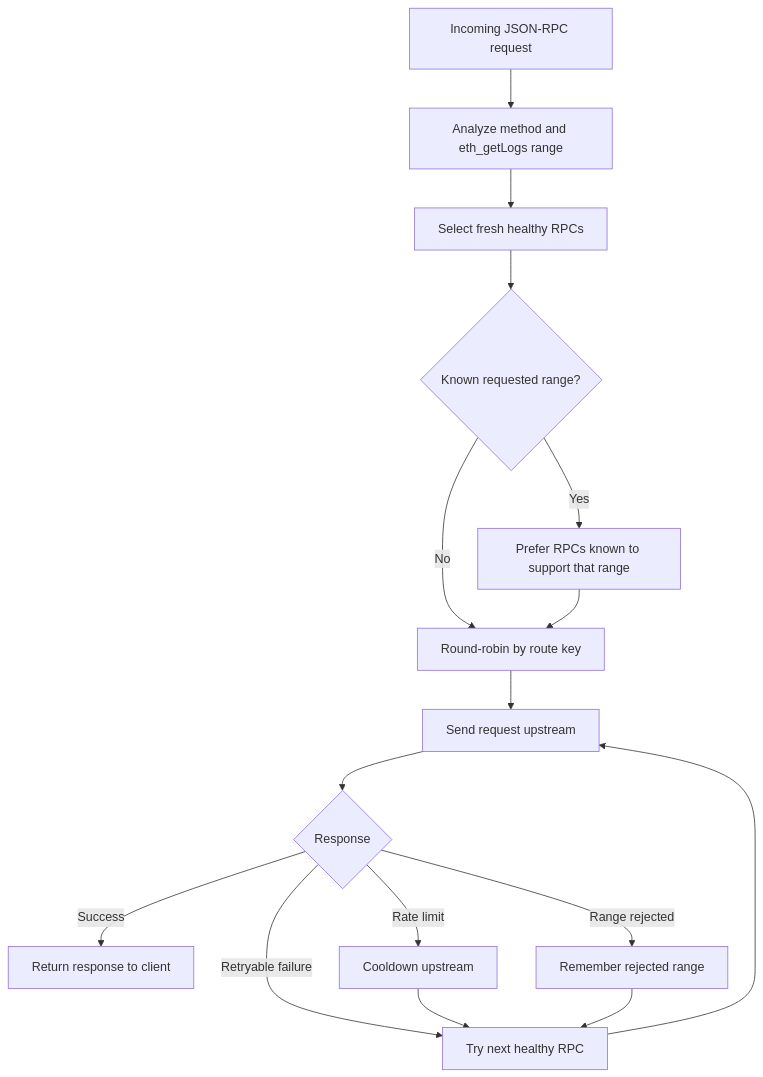
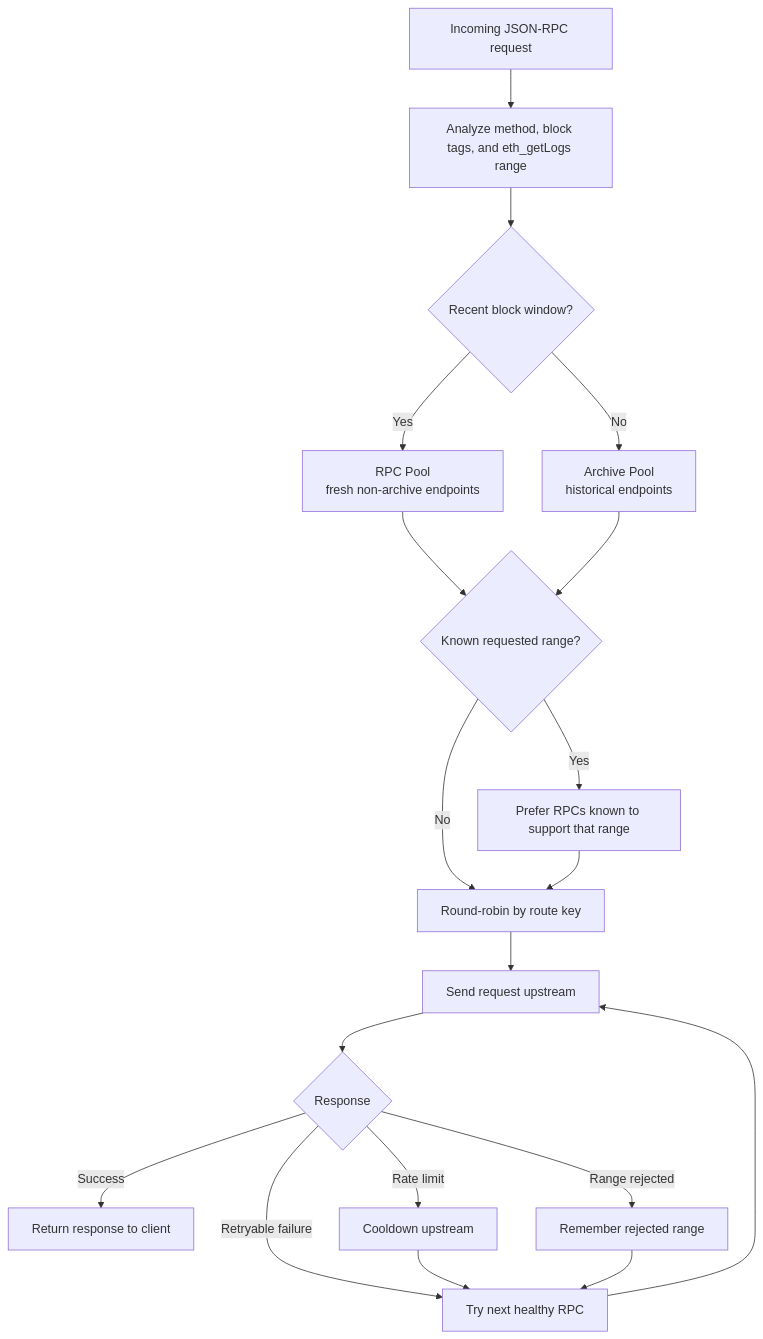
Before and after one commit to luen-eth/relay-rpc: the second of 3 diagrams in README.md, drawn with Mermaid. The commit also changed other lines of this file and 8 other files, not shown here.

Commit message:
Add configurable health interval and RPC pool routing

````diff
--- a/README.md
+++ b/README.md
@@ -46,18 +48,21 @@
 ```mermaid
 flowchart TD
-  Request["Incoming JSON-RPC request"] --> Analyze["Analyze method and eth_getLogs range"]
-  Analyze --> Healthy["Select fresh healthy RPCs"]
-  Healthy --> Range{"Known requested range?"}
+  Request["Incoming JSON-RPC request"] --> Analyze["Analyze method, block tags, and eth_getLogs range"]
+  Analyze --> Near{"Recent block window?"}
+  Near -- "Yes" --> RpcPool["RPC Pool<br/>fresh non-archive endpoints"]
+  Near -- "No" --> ArchivePool["Archive Pool<br/>historical endpoints"]
+  RpcPool --> Range{"Known requested range?"}
+  ArchivePool --> Range
   Range -- "No" --> RoundRobin["Round-robin by route key"]
   Range -- "Yes" --> Filter["Prefer RPCs known to support that range"]
   Filter --> RoundRobin
   RoundRobin --> Send["Send request upstream"]
   Send --> Result{"Response"}
   Result -- "Success" --> Return["Return response to client"]
   Result -- "Rate limit" --> Cooldown["Cooldown upstream"]
   Result -- "Range rejected" --> Remember["Remember rejected range"]
   Result -- "Retryable failure" --> Failover["Try next healthy RPC"]
   Cooldown --> Failover
   Remember --> Failover
   Failover --> Send
 ```
````
